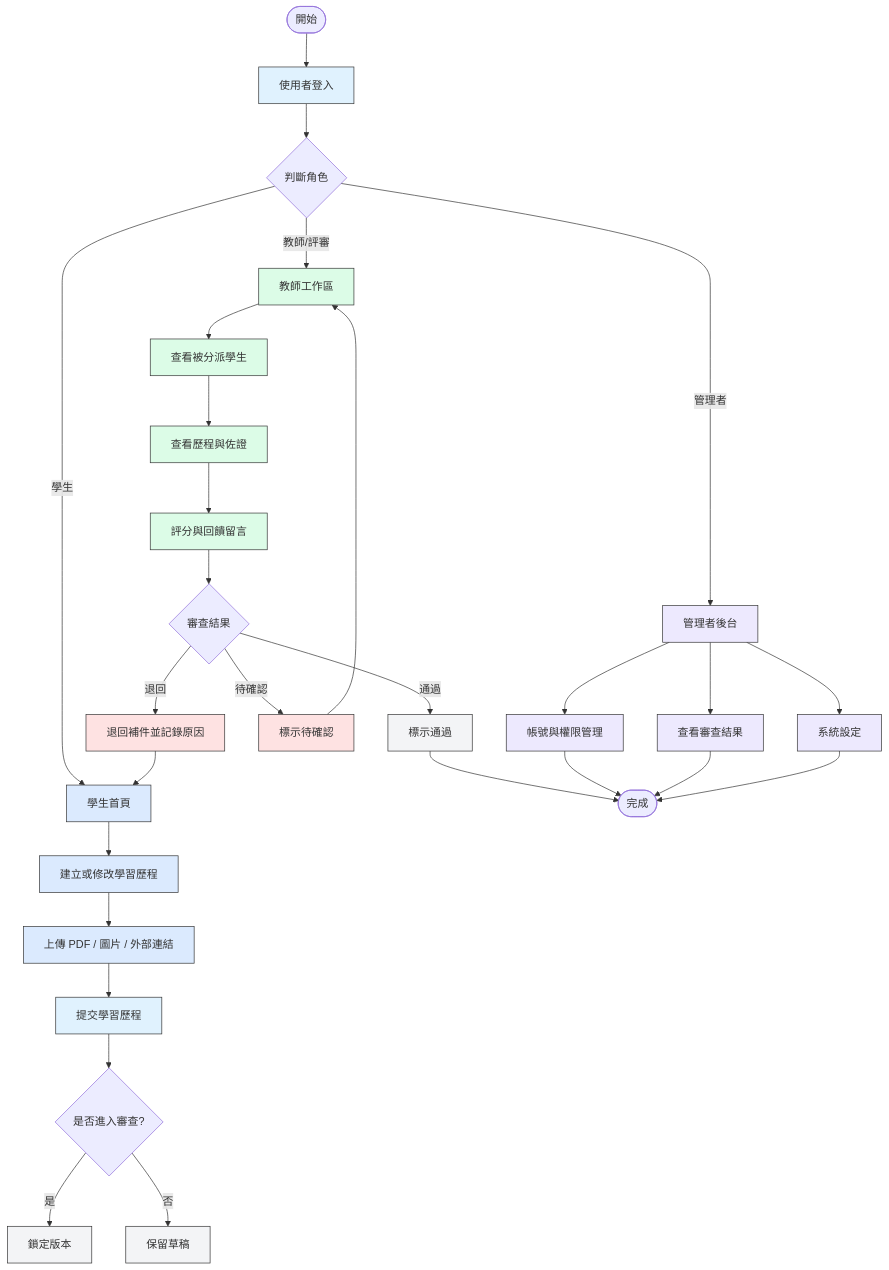
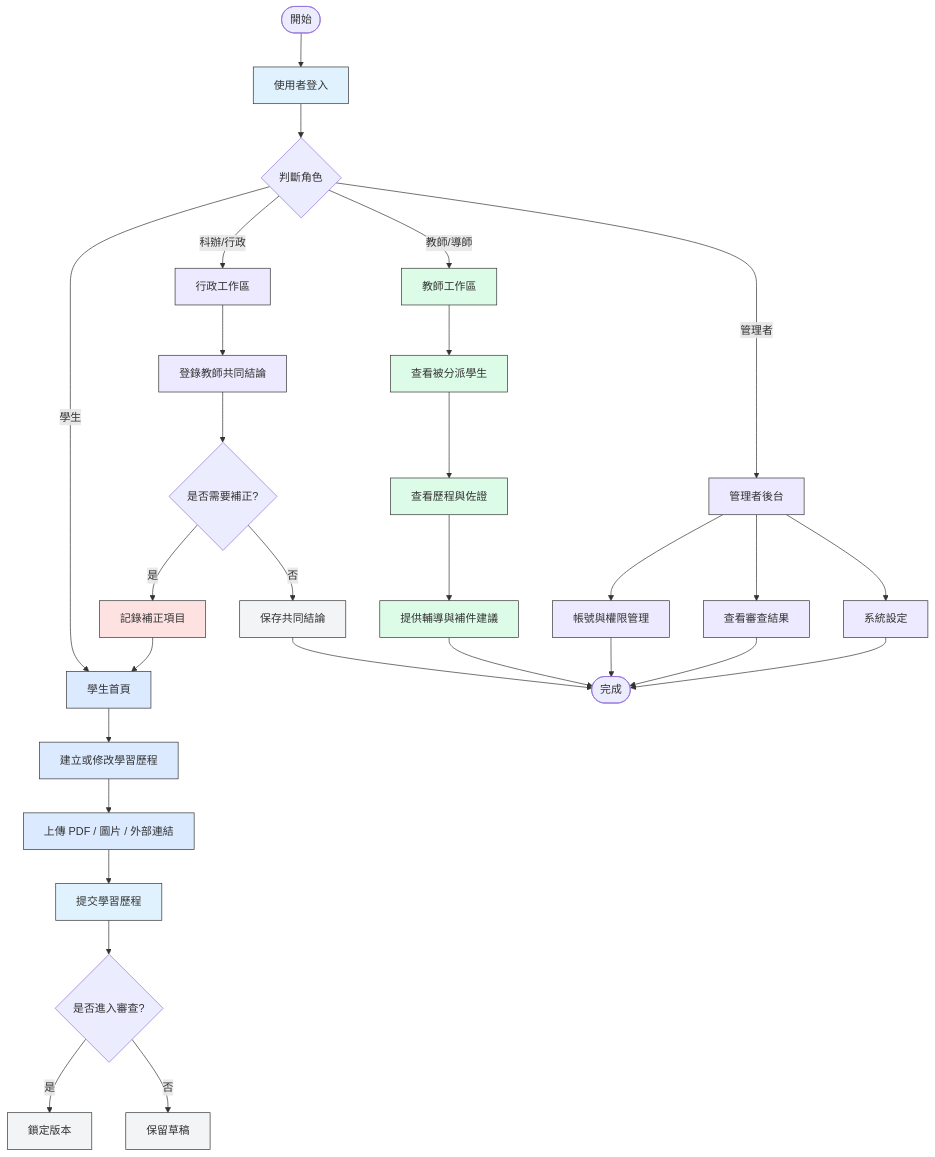
Before and after one commit to vujhdcusa/1028: diagram 13 of 14 in docs/diagrams.md, drawn with Mermaid. The commit also changed other lines of this file and 114 other files, not shown here.

````diff
--- a/docs/diagrams.md
+++ b/docs/diagrams.md
@@ -346,41 +375,43 @@
 ```mermaid
 flowchart TD
     classDef student fill:#DBEAFE,stroke:#333;
     classDef teacher fill:#DCFCE7,stroke:#333;
     classDef admin fill:#EDE9FE,stroke:#333;
     classDef backend fill:#E0F2FE,stroke:#333;
     classDef db fill:#F3F4F6,stroke:#333;
     classDef alert fill:#FEE2E2,stroke:#333;
 
     Start([開始]) --> Login[使用者登入]:::backend
     Login --> Role{判斷角色}
 
     Role -- 學生 --> StudentHome[學生首頁]:::student
     StudentHome --> CreatePortfolio[建立或修改學習歷程]:::student
     CreatePortfolio --> Evidence[上傳 PDF / 圖片 / 外部連結]:::student
     Evidence --> Submit[提交學習歷程]:::backend
     Submit --> LockCheck{是否進入審查?}
     LockCheck -- 是 --> Locked[鎖定版本]:::db
     LockCheck -- 否 --> Draft[保留草稿]:::db
 
-    Role -- 教師/評審 --> TeacherHome[教師工作區]:::teacher
+    Role -- 教師/導師 --> TeacherHome[教師工作區]:::teacher
     TeacherHome --> Assigned[查看被分派學生]:::teacher
     Assigned --> Review[查看歷程與佐證]:::teacher
-    Review --> Score[評分與回饋留言]:::teacher
-    Score --> Decision{審查結果}
-    Decision -- 通過 --> Approved[標示通過]:::db
-    Decision -- 退回 --> Returned[退回補件並記錄原因]:::alert
-    Decision -- 待確認 --> Pending[標示待確認]:::alert
+    Review --> Advice[提供輔導與補件建議]:::teacher
 
     Role -- 管理者 --> AdminHome[管理者後台]:::admin
     AdminHome --> Users[帳號與權限管理]:::admin
     AdminHome --> Result[查看審查結果]:::admin
     AdminHome --> Settings[系統設定]:::admin
 
+    Role -- 科辦/行政 --> StaffHome[行政工作區]:::admin
+    StaffHome --> Committee[登錄教師共同結論]:::admin
+    Committee --> Decision{是否需要補正?}
+    Decision -- 是 --> Returned[記錄補正項目]:::alert
+    Decision -- 否 --> Approved[保存共同結論]:::db
+
     Approved --> End([完成])
     Returned --> StudentHome
-    Pending --> TeacherHome
+    Advice --> End
     Users --> End
     Result --> End
     Settings --> End
 ```
````
